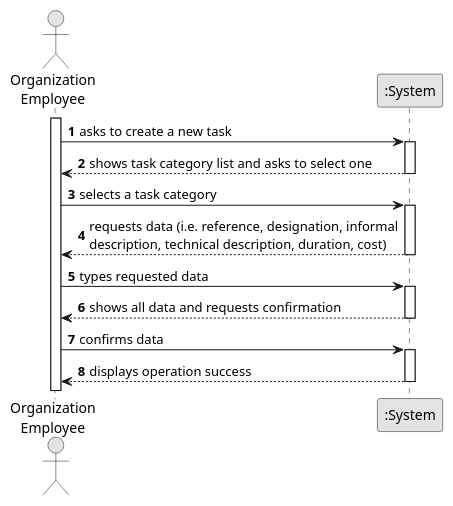
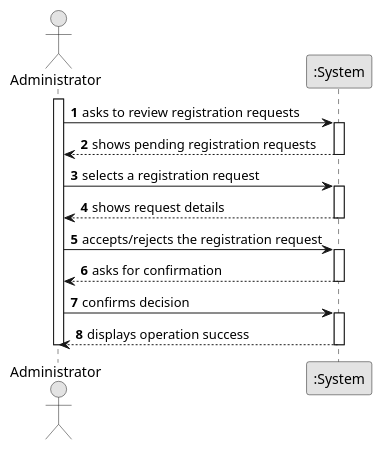
The diagram in project-template/docs/system-documentation/US02/01.requirements-engineering/puml/US02-SSD.puml (Departamento-de-Engenharia-Informatica/sem2-pi-25-26-g096-repo), drawn with PlantUML before and after one commit. The commit also changed 1 other file, not shown here.

Commit message:
US02 (Code) - SSD diagram to reflect changes for Administrator role and registration request process [#19]

```diff
--- a/project-template/docs/system-documentation/US02/01.requirements-engineering/puml/US02-SSD.puml
+++ b/project-template/docs/system-documentation/US02/01.requirements-engineering/puml/US02-SSD.puml
@@ -1,36 +1,39 @@
 @startuml
 skinparam monochrome true
 skinparam packageStyle rectangle
 skinparam shadowing false
 
 autonumber
 
-actor "Organization\nEmployee" as Employee
+actor "Administrator" as Admin
 participant ":System" as System
 
-activate Employee
+activate Admin
 
-    Employee -> System : asks to create a new task
+    Admin -> System : asks to review registration requests
     activate System
 
-        System --> Employee : shows task category list and asks to select one
+        System --> Admin : shows pending registration requests
     deactivate System
 
-    Employee -> System : selects a task category
+    Admin -> System : selects a registration request
     activate System
 
-        System --> Employee : requests data (i.e. reference, designation, informal\ndescription, technical description, duration, cost)
+        System --> Admin : shows request details
     deactivate System
 
-    Employee -> System : types requested data
+    Admin -> System : accepts/rejects the registration request
     activate System
 
-        System --> Employee : shows all data and requests confirmation
+        System --> Admin : asks for confirmation
     deactivate System
 
-    Employee -> System : confirms data
+    Admin -> System : confirms decision
     activate System
 
-        System --> Employee : displays operation success
+        System --> Admin : displays operation success
     deactivate System
+
+deactivate Admin
+
 @enduml
```
